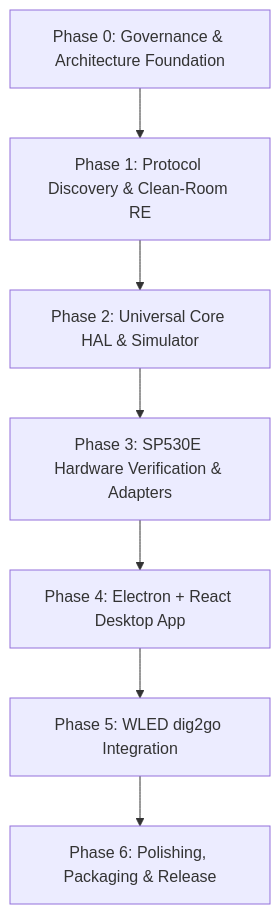
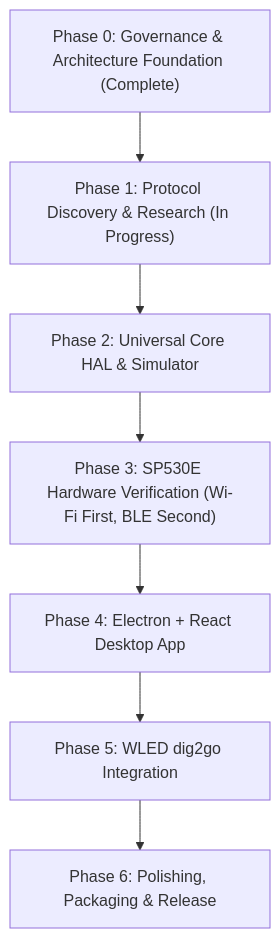
One commit to StryxZilla/LightControl changed the diagram in docs/PROJECT_PLAN.md. Above: the diagram before and after it, drawn with Mermaid. The commit also changed other lines of this file and 5 other files, not shown here.

````diff
--- a/docs/PROJECT_PLAN.md
+++ b/docs/PROJECT_PLAN.md
@@ -12,9 +12,9 @@
 ```mermaid
 flowchart TD
-    P0["Phase 0: Governance & Architecture Foundation"] --> P1["Phase 1: Protocol Discovery & Clean-Room RE"]
+    P0["Phase 0: Governance & Architecture Foundation (Complete)"] --> P1["Phase 1: Protocol Discovery & Research (In Progress)"]
     P1 --> P2["Phase 2: Universal Core HAL & Simulator"]
-    P2 --> P3["Phase 3: SP530E Hardware Verification & Adapters"]
+    P2 --> P3["Phase 3: SP530E Hardware Verification (Wi-Fi First, BLE Second)"]
     P3 --> P4["Phase 4: Electron + React Desktop App"]
     P4 --> P5["Phase 5: WLED dig2go Integration"]
     P5 --> P6["Phase 6: Polishing, Packaging & Release"]
 ```
````
